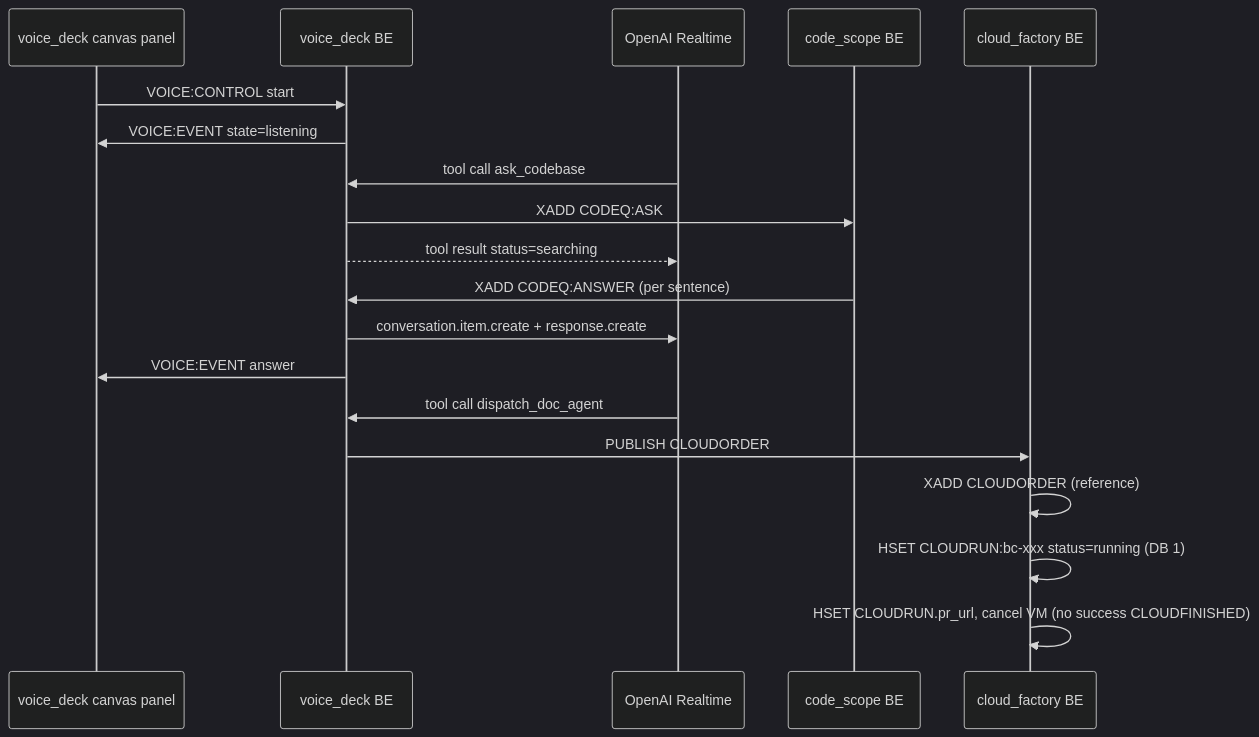
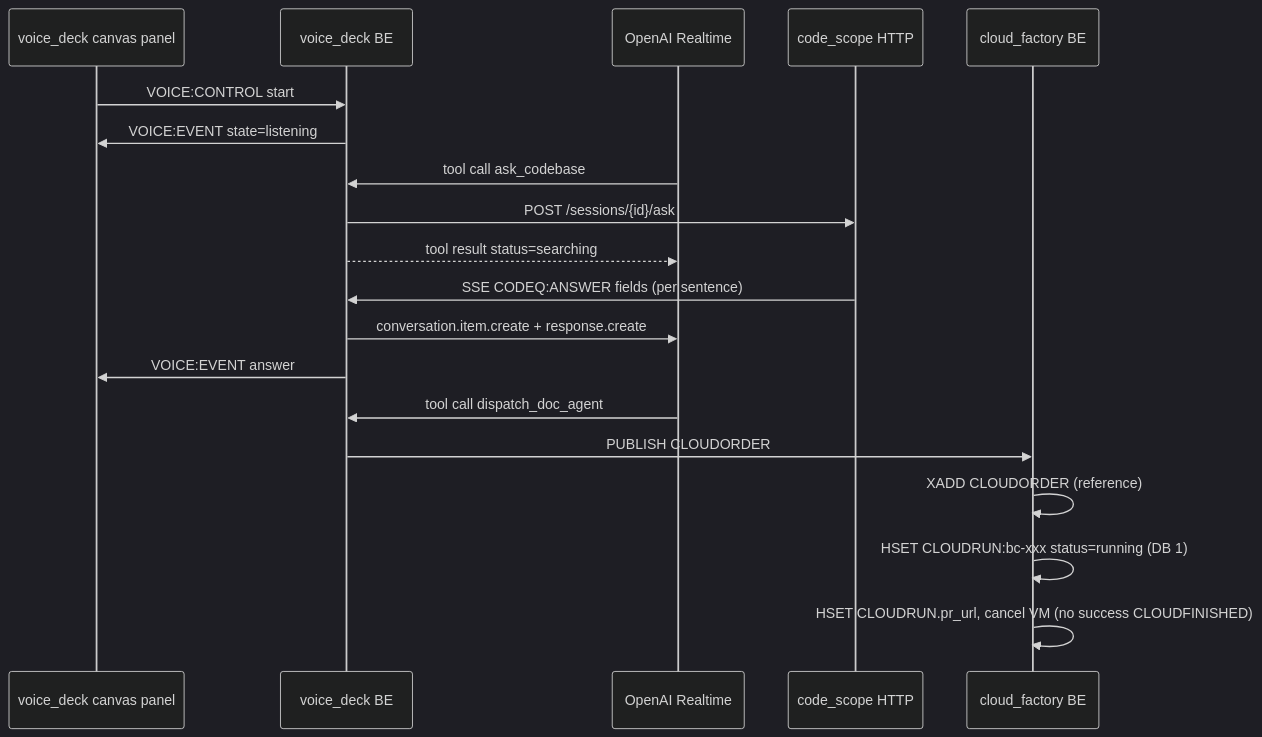
Before and after one commit to SamJBoyer/MegaDesk: the diagram in MegaDesk-Contracts/redis/voice-chain.md, drawn with Mermaid (dark theme). The commit also changed other lines of this file and 37 other files, not shown here.

````diff
--- a/MegaDesk-Contracts/redis/voice-chain.md
+++ b/MegaDesk-Contracts/redis/voice-chain.md
@@ -16,22 +16,22 @@
 ```mermaid
 sequenceDiagram
     participant VDFE as voice_deck canvas panel
     participant VD as voice_deck BE
     participant RT as OpenAI Realtime
-    participant CS as code_scope BE
+    participant CS as code_scope HTTP
     participant CD as cloud_factory BE
 
     VDFE->>VD: VOICE:CONTROL start
     VD->>VDFE: VOICE:EVENT state=listening
     RT->>VD: tool call ask_codebase
-    VD->>CS: XADD CODEQ:ASK
+    VD->>CS: POST /sessions/{id}/ask
     VD-->>RT: tool result status=searching
-    CS->>VD: XADD CODEQ:ANSWER (per sentence)
+    CS->>VD: SSE CODEQ:ANSWER fields (per sentence)
     VD->>RT: conversation.item.create + response.create
     VD->>VDFE: VOICE:EVENT answer
     RT->>VD: tool call dispatch_doc_agent
     VD->>CD: PUBLISH CLOUDORDER
     CD->>CD: XADD CLOUDORDER (reference)
     CD->>CD: HSET CLOUDRUN:bc-xxx status=running (DB 1)
     CD->>CD: HSET CLOUDRUN.pr_url, cancel VM (no success CLOUDFINISHED)
 ```
````
